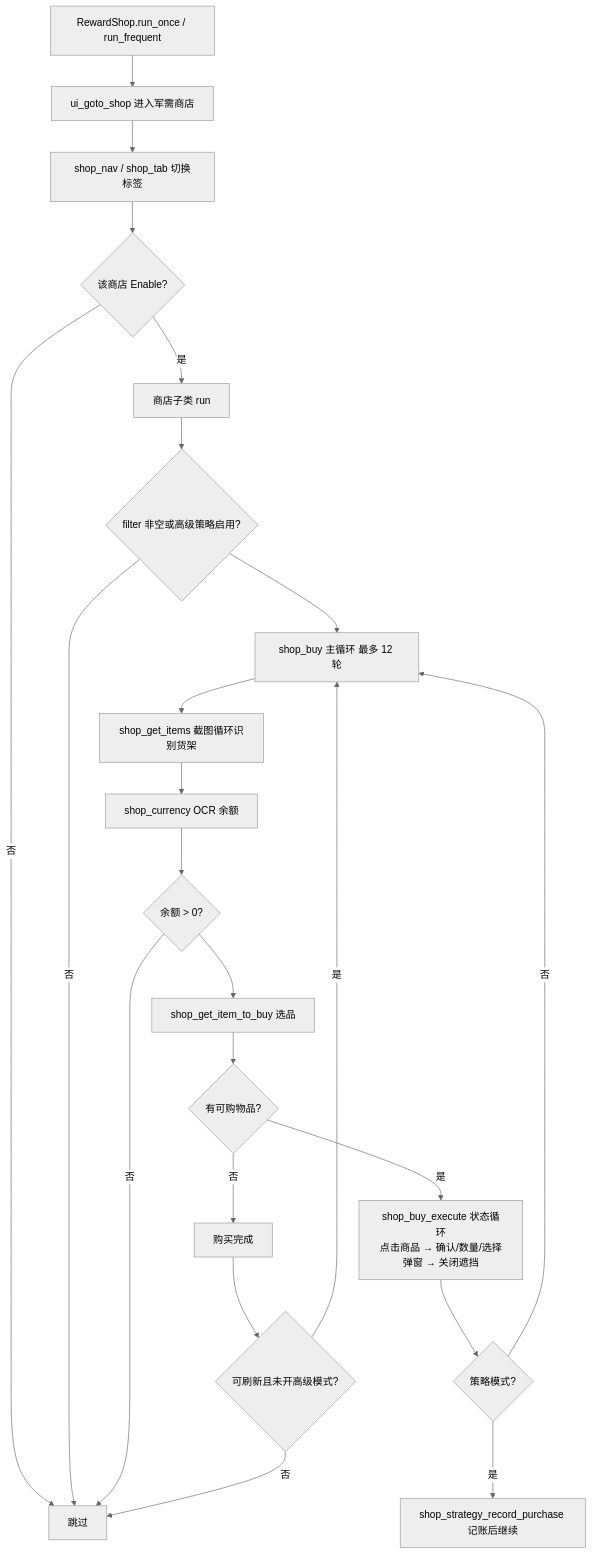
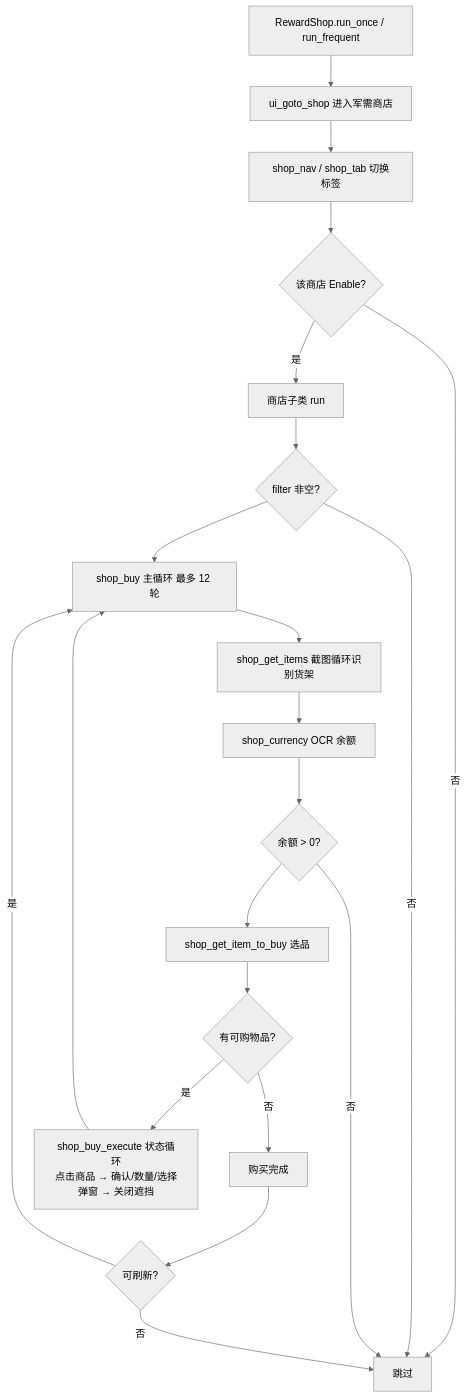
The diagram in docs/modules/game/shop.md (Beatrice-betty/AzurPilot), drawn with Mermaid (neutral theme) before and after one commit. The commit also changed other lines of this file and 68 other files, not shown here.

````diff
--- a/docs/modules/game/shop.md
+++ b/docs/modules/game/shop.md
@@ -96,25 +85,23 @@
 ```mermaid
 flowchart TD
     A[RewardShop.run_once / run_frequent] --> B[ui_goto_shop 进入军需商店]
     B --> C[shop_nav / shop_tab 切换标签]
     C --> D{该商店 Enable?}
     D -->|否| Z[跳过]
     D -->|是| E[商店子类 run]
-    E --> F{filter 非空或高级策略启用?}
+    E --> F{filter 非空?}
     F -->|否| Z
     F --> G[shop_buy 主循环 最多 12 轮]
     G --> H[shop_get_items 截图循环识别货架]
     H --> I[shop_currency OCR 余额]
     I --> J{余额 > 0?}
     J -->|否| Z
     J --> K[shop_get_item_to_buy 选品]
     K --> L{有可购物品?}
     L -->|否| G2[购买完成]
     L -->|是| M[shop_buy_execute 状态循环<br/>点击商品 → 确认/数量/选择弹窗 → 关闭遮挡]
-    M --> N{策略模式?}
-    N -->|是| O[shop_strategy_record_purchase 记账后继续]
-    N -->|否| G
-    G2 --> P{可刷新且未开高级模式?}
+    M --> G
+    G2 --> P{可刷新?}
     P -->|是| G
     P -->|否| Z
 ```
````
